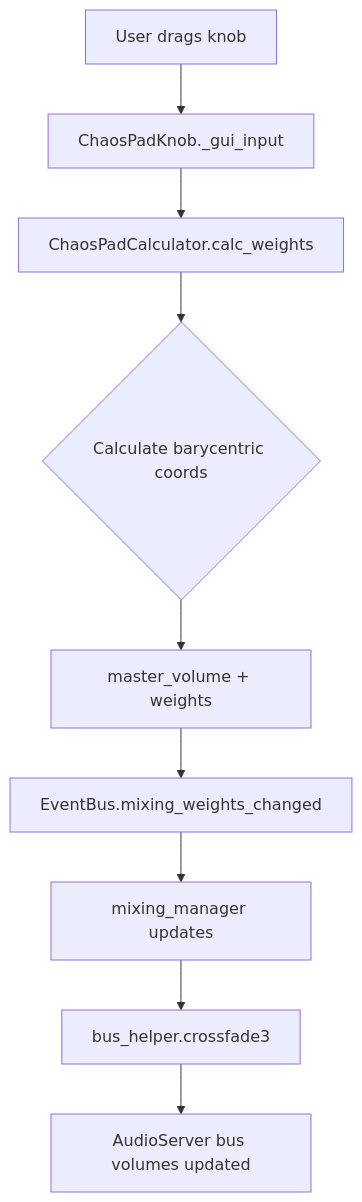
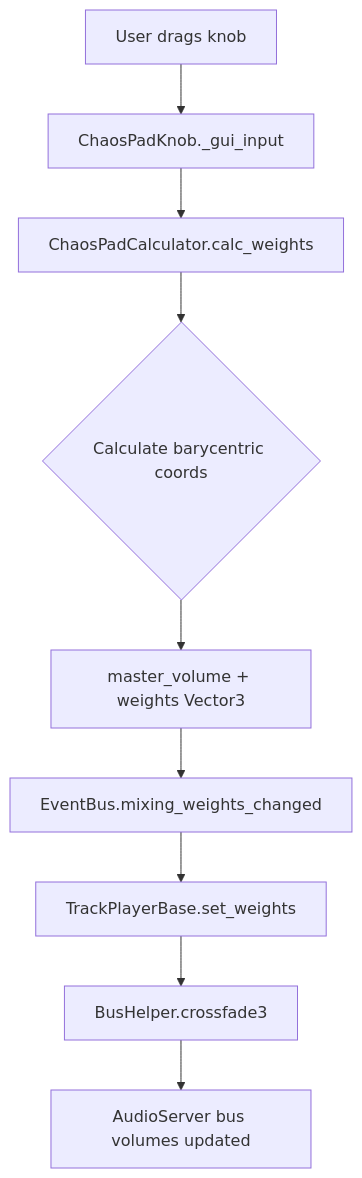
Before and after one commit to CatmanJunior/godot-youbeatai-main: the second of 5 diagrams in Ritme Robot Architecture.md, drawn with Mermaid. The commit also changed other lines of this file and 1 other file, not shown here.

First line of the commit message:
Update architecture.md and create STYLE_GUIDE.md

````diff
--- a/Ritme Robot Architecture.md
+++ b/Ritme Robot Architecture.md
@@ -38,11 +110,11 @@
 ```mermaid
 graph TD
     A[User drags knob] --> B[ChaosPadKnob._gui_input]
     B --> C[ChaosPadCalculator.calc_weights]
     C --> D{Calculate barycentric coords}
-    D --> E[master_volume + weights]
+    D --> E[master_volume + weights Vector3]
     E --> F[EventBus.mixing_weights_changed]
-    F --> G[mixing_manager updates]
-    G --> H[bus_helper.crossfade3]
+    F --> G[TrackPlayerBase.set_weights]
+    G --> H[BusHelper.crossfade3]
     H --> I[AudioServer bus volumes updated]
 ```
````
